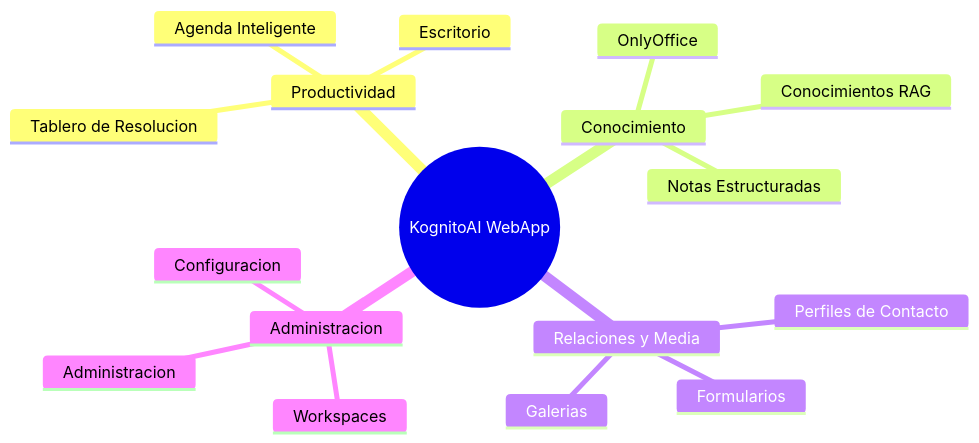
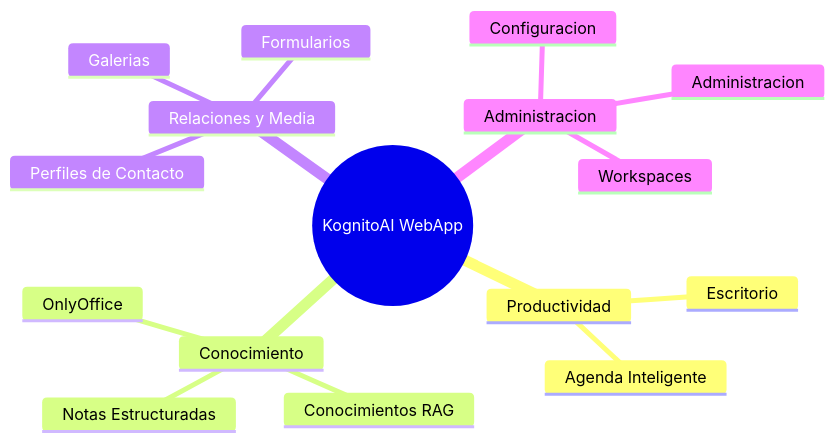
The second of 2 diagrams in docs/Manual_Usuario_y_Funcional_KognitoAI.md (gatovillano/KognitoAI), drawn with Mermaid before and after one commit. The commit also changed other lines of this file and 7 other files, not shown here.

````diff
--- a/docs/Manual_Usuario_y_Funcional_KognitoAI.md
+++ b/docs/Manual_Usuario_y_Funcional_KognitoAI.md
@@ -92,20 +92,19 @@
 ```mermaid
 mindmap
   root((KognitoAI WebApp))
     Productividad
       Escritorio
-      Tablero de Resolucion
       Agenda Inteligente
     Conocimiento
       Conocimientos RAG
       Notas Estructuradas
       OnlyOffice
     Relaciones y Media
       Perfiles de Contacto
       Formularios
       Galerias
     Administracion
       Configuracion
       Administracion
       Workspaces
 ```
````
